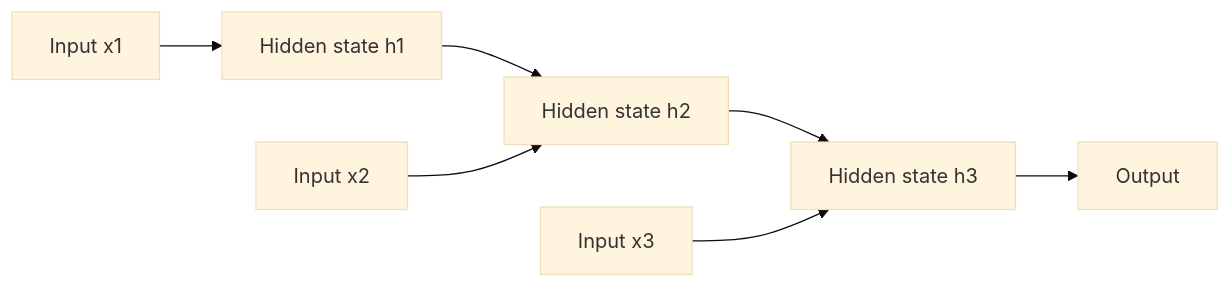
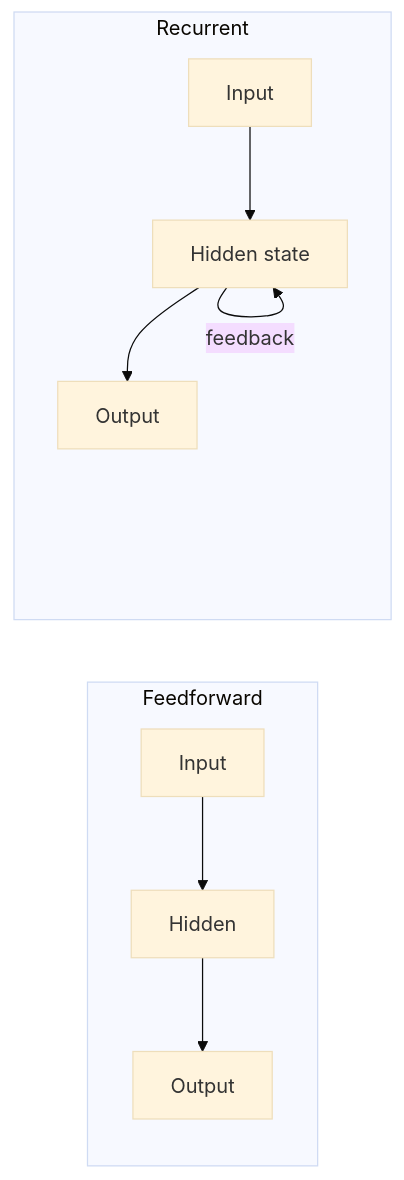
One commit to TrendySloth1001/sem-seven-notes changed the third of 3 diagrams in content/deep-learning/notes/neural-network-types.mdx. Above: the diagram before and after it, drawn with Mermaid (base theme). The commit also changed other lines of this file and 168 other files, not shown here.

````diff
--- a/content/deep-learning/notes/neural-network-types.mdx
+++ b/content/deep-learning/notes/neural-network-types.mdx
@@ -178,10 +113,11 @@
 ```mermaid
-%% caption: A recurrent network drawn unrolled over three time steps. The same cell is reused at every step, and its hidden state is passed on, so each step sees the new input plus a memory of everything before it.
+%% caption: Feedforward goes one way only. Recurrent adds a feedback loop from the output of a step back to the next step.
 flowchart LR
-  X1["Input x1"] --> H1["Hidden state h1"]
-  H1 --> H2["Hidden state h2"]
-  X2["Input x2"] --> H2
-  H2 --> H3["Hidden state h3"]
-  X3["Input x3"] --> H3
-  H3 --> Y["Output"]
+  subgraph FF["Feedforward"]
+    A1["Input"] --> A2["Hidden"] --> A3["Output"]
+  end
+  subgraph RC["Recurrent"]
+    B1["Input"] --> B2["Hidden state"] --> B3["Output"]
+    B2 -- "feedback" --> B2
+  end
 ```
````
